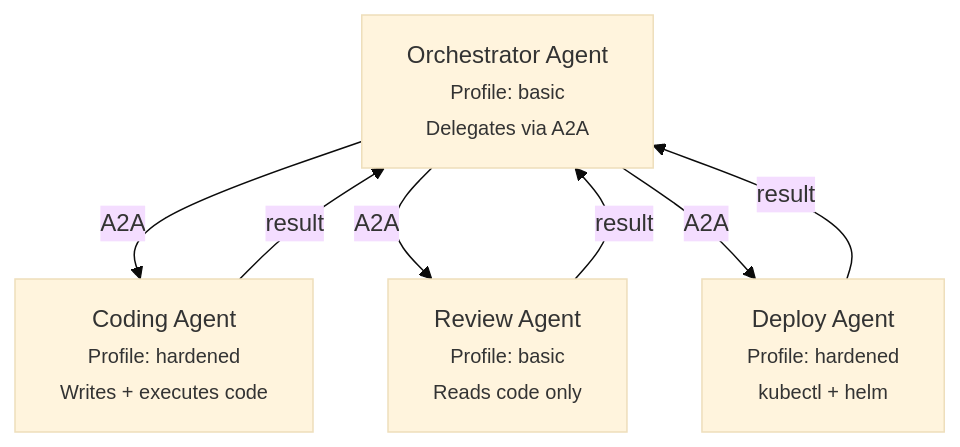
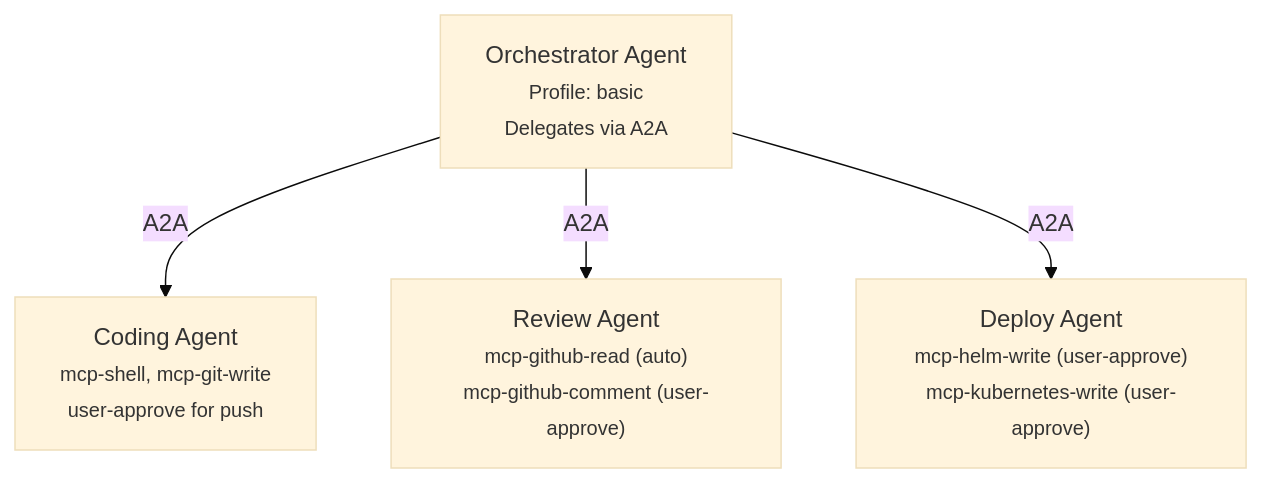
Before and after one commit to kagenti/kagenti: the third of 5 diagrams in docs/agentic-runtime/use-cases.md, drawn with Mermaid (base theme). The commit also changed other lines of this file, not shown here.

First line of the commit message:
docs: add explicit MCP tools and OAuth approval model to use cases

````diff
--- a/docs/agentic-runtime/use-cases.md
+++ b/docs/agentic-runtime/use-cases.md
@@ -261,12 +342,8 @@
 ```mermaid
 flowchart TB
     Orchestrator["Orchestrator Agent<br/><small>Profile: basic<br/>Delegates via A2A</small>"]
 
-    Orchestrator -->|"A2A"| Coder["Coding Agent<br/><small>Profile: hardened<br/>Writes + executes code</small>"]
-    Orchestrator -->|"A2A"| Reviewer["Review Agent<br/><small>Profile: basic<br/>Reads code only</small>"]
-    Orchestrator -->|"A2A"| Deployer["Deploy Agent<br/><small>Profile: hardened<br/>kubectl + helm</small>"]
-
-    Coder -->|"result"| Orchestrator
-    Reviewer -->|"result"| Orchestrator
-    Deployer -->|"result"| Orchestrator
+    Orchestrator -->|"A2A"| Coder["Coding Agent<br/><small>mcp-shell, mcp-git-write<br/>user-approve for push</small>"]
+    Orchestrator -->|"A2A"| Reviewer["Review Agent<br/><small>mcp-github-read (auto)<br/>mcp-github-comment (user-approve)</small>"]
+    Orchestrator -->|"A2A"| Deployer["Deploy Agent<br/><small>mcp-helm-write (user-approve)<br/>mcp-kubernetes-write (user-approve)</small>"]
 ```
````
